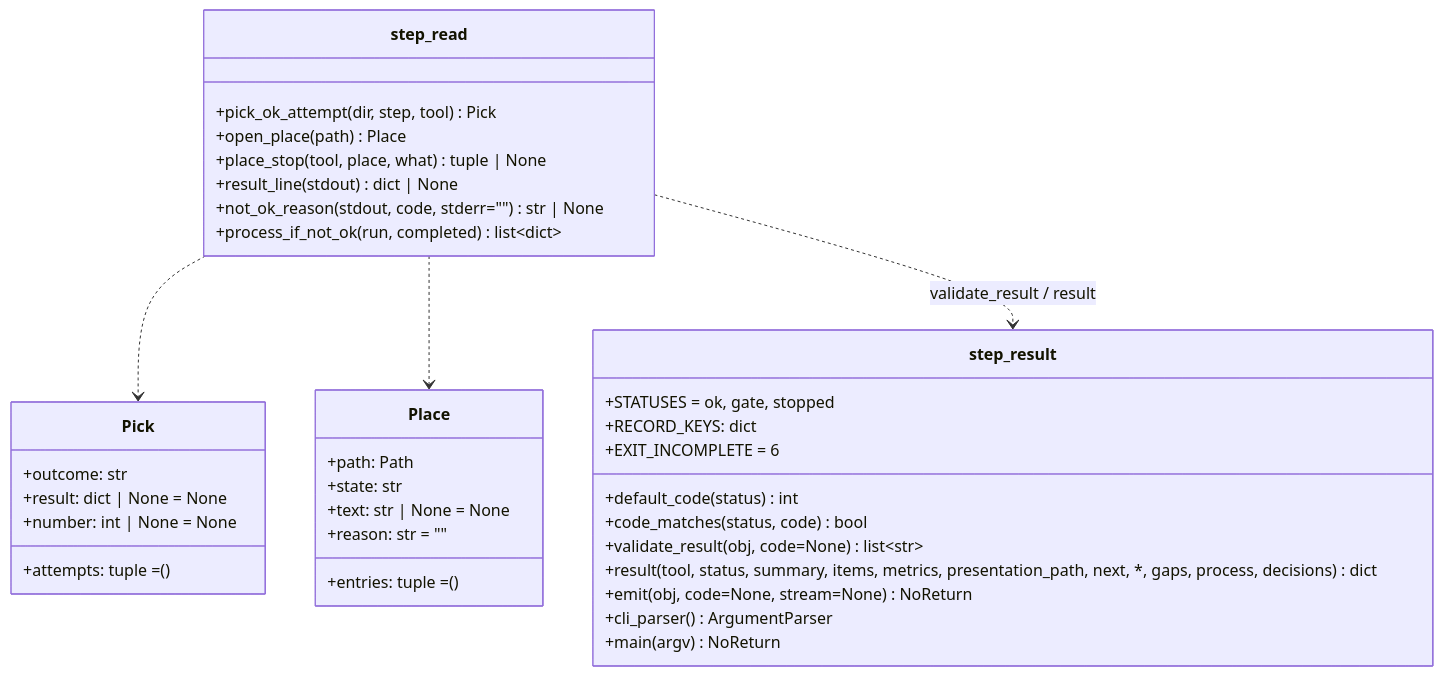
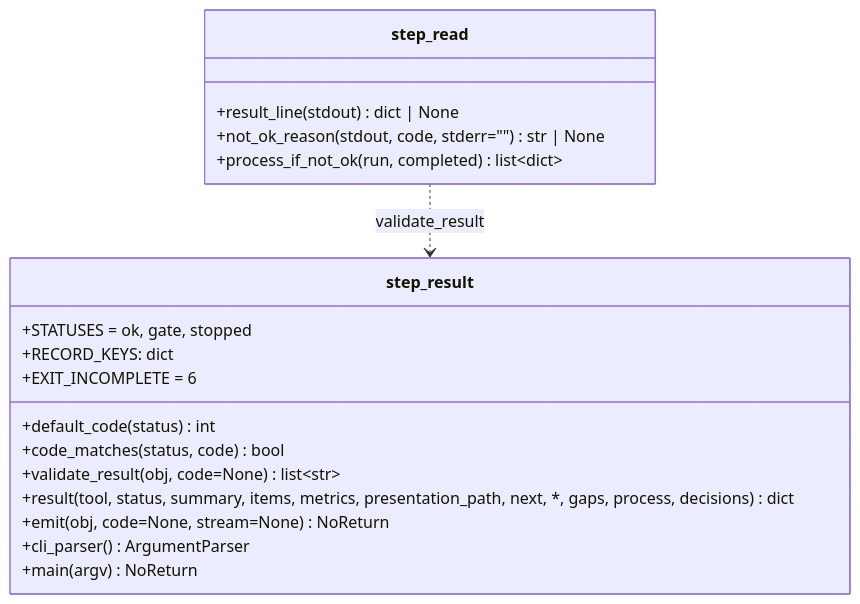
One commit to devbasex/ai-plugins changed the second of 4 diagrams in docs/specifications/ndf-step-result-gaps-and-reading.md. Above: the diagram before and after it, drawn with Mermaid. The commit also changed other lines of this file and 5 other files, not shown here.

````diff
--- a/docs/specifications/ndf-step-result-gaps-and-reading.md
+++ b/docs/specifications/ndf-step-result-gaps-and-reading.md
@@ -134,39 +134,21 @@
 ```mermaid
 classDiagram
   class step_result {
     +STATUSES = ok, gate, stopped
     +RECORD_KEYS: dict
     +EXIT_INCOMPLETE = 6
     +default_code(status) int
     +code_matches(status, code) bool
     +validate_result(obj, code=None) list~str~
     +result(tool, status, summary, items, metrics, presentation_path, next, *, gaps, process, decisions) dict
     +emit(obj, code=None, stream=None) NoReturn
     +cli_parser() ArgumentParser
     +main(argv) NoReturn
   }
-  class Pick {
-    +outcome: str
-    +result: dict | None = None
-    +number: int | None = None
-    +attempts: tuple = ()
-  }
-  class Place {
-    +path: Path
-    +state: str
-    +text: str | None = None
-    +entries: tuple = ()
-    +reason: str = ""
-  }
   class step_read {
-    +pick_ok_attempt(dir, step, tool) Pick
-    +open_place(path) Place
-    +place_stop(tool, place, what) tuple | None
     +result_line(stdout) dict | None
     +not_ok_reason(stdout, code, stderr="") str | None
     +process_if_not_ok(run, completed) list~dict~
   }
-  step_read ..> Pick
-  step_read ..> Place
-  step_read ..> step_result : validate_result / result
+  step_read ..> step_result : validate_result
 ```
````
